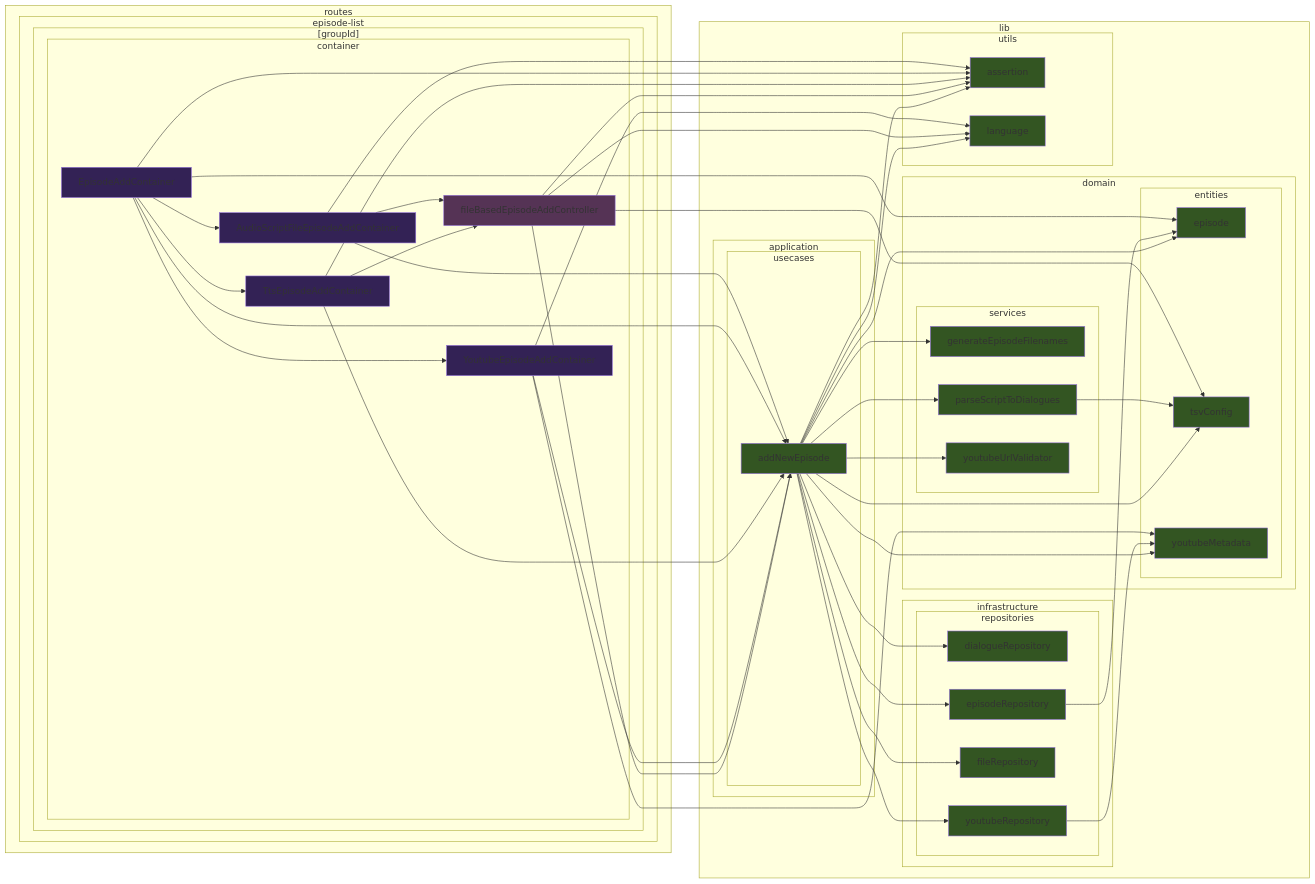
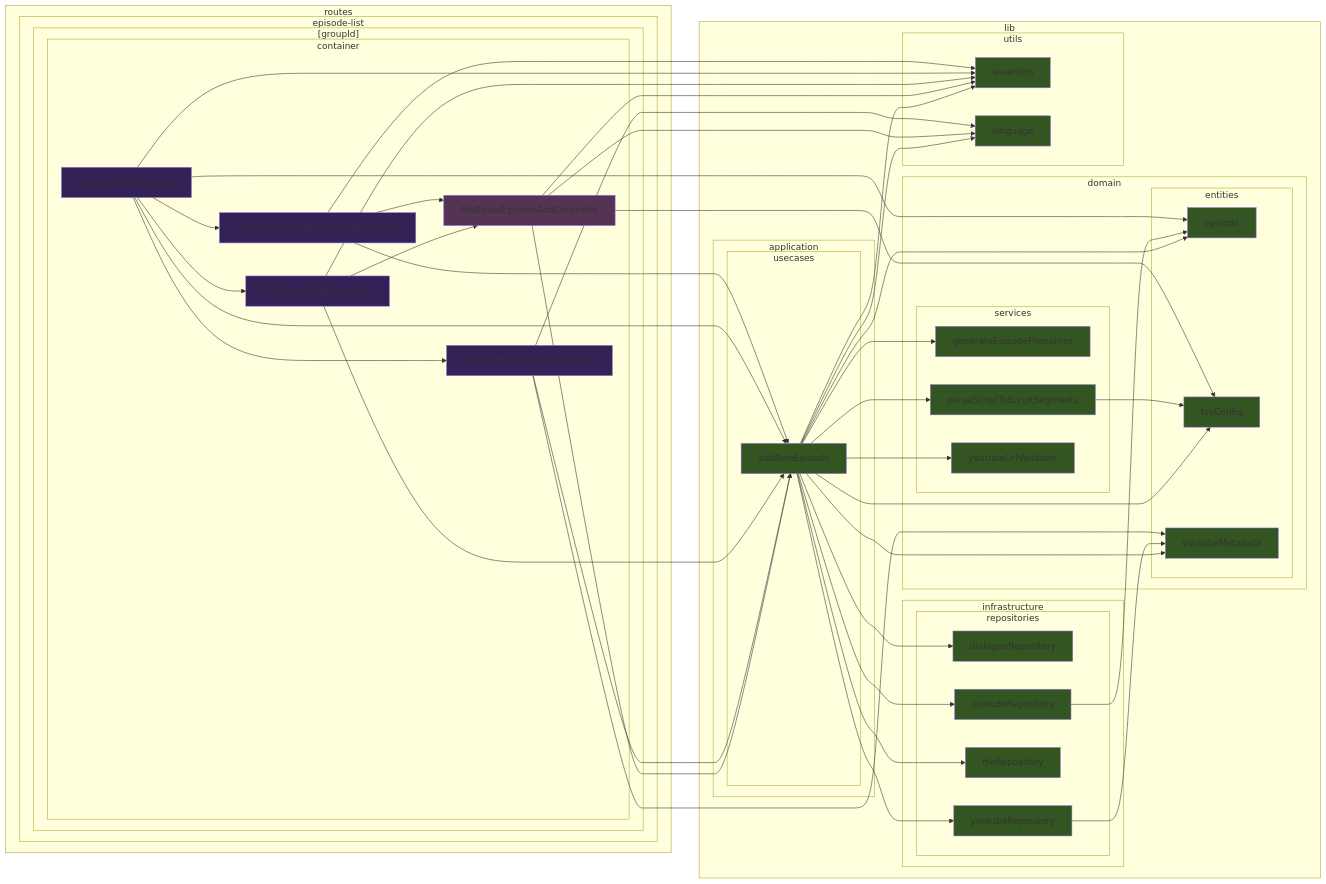
The seventh of 39 diagrams in doc/dependency-graph.md (k5n/kotonoha), drawn with Mermaid before and after one commit. The commit also changed other lines of this file and 32 other files, not shown here.

```diff
--- a/doc/dependency-graph.md
+++ b/doc/dependency-graph.md
@@ -370,7 +370,7 @@
                 end
                 subgraph sg_lib_domain_services ["services"]
                     src_lib_domain_services_generateEpisodeFilenames_ts["generateEpisodeFilenames"]
-                    src_lib_domain_services_parseScriptToDialogues_ts["parseScriptToDialogues"]
+                    src_lib_domain_services_parseScriptToScriptSegments_ts["parseScriptToScriptSegments"]
                     src_lib_domain_services_youtubeUrlValidator_ts["youtubeUrlValidator"]
                 end
             end
@@ -404,7 +404,7 @@
     src_lib_application_usecases_addNewEpisode_ts --> src_lib_domain_entities_tsvConfig_ts
     src_lib_application_usecases_addNewEpisode_ts --> src_lib_domain_entities_youtubeMetadata_ts
     src_lib_application_usecases_addNewEpisode_ts --> src_lib_domain_services_generateEpisodeFilenames_ts
-    src_lib_application_usecases_addNewEpisode_ts --> src_lib_domain_services_parseScriptToDialogues_ts
+    src_lib_application_usecases_addNewEpisode_ts --> src_lib_domain_services_parseScriptToScriptSegments_ts
     src_lib_application_usecases_addNewEpisode_ts --> src_lib_domain_services_youtubeUrlValidator_ts
     src_lib_application_usecases_addNewEpisode_ts --> src_lib_infrastructure_repositories_dialogueRepository_ts
     src_lib_application_usecases_addNewEpisode_ts --> src_lib_infrastructure_repositories_episodeRepository_ts
@@ -412,7 +412,7 @@
     src_lib_application_usecases_addNewEpisode_ts --> src_lib_infrastructure_repositories_youtubeRepository_ts
     src_lib_application_usecases_addNewEpisode_ts --> src_lib_utils_assertion_ts
     src_lib_application_usecases_addNewEpisode_ts --> src_lib_utils_language_ts
-    src_lib_domain_services_parseScriptToDialogues_ts --> src_lib_domain_entities_tsvConfig_ts
+    src_lib_domain_services_parseScriptToScriptSegments_ts --> src_lib_domain_entities_tsvConfig_ts
     src_lib_infrastructure_repositories_episodeRepository_ts --> src_lib_domain_entities_episode_ts
     src_lib_infrastructure_repositories_youtubeRepository_ts --> src_lib_domain_entities_youtubeMetadata_ts
     src_routes_episode_list__groupId__container_fileBasedEpisodeAddController_svelte_ts --> src_lib_application_usecases_addNewEpisode_ts
@@ -439,7 +439,7 @@
     class src_lib_domain_entities_tsvConfig_ts cssTypeScript
     class src_lib_domain_entities_youtubeMetadata_ts cssTypeScript
     class src_lib_domain_services_generateEpisodeFilenames_ts cssTypeScript
-    class src_lib_domain_services_parseScriptToDialogues_ts cssTypeScript
+    class src_lib_domain_services_parseScriptToScriptSegments_ts cssTypeScript
     class src_lib_domain_services_youtubeUrlValidator_ts cssTypeScript
     class src_lib_infrastructure_repositories_dialogueRepository_ts cssTypeScript
     class src_lib_infrastructure_repositories_episodeRepository_ts cssTypeScript
```
